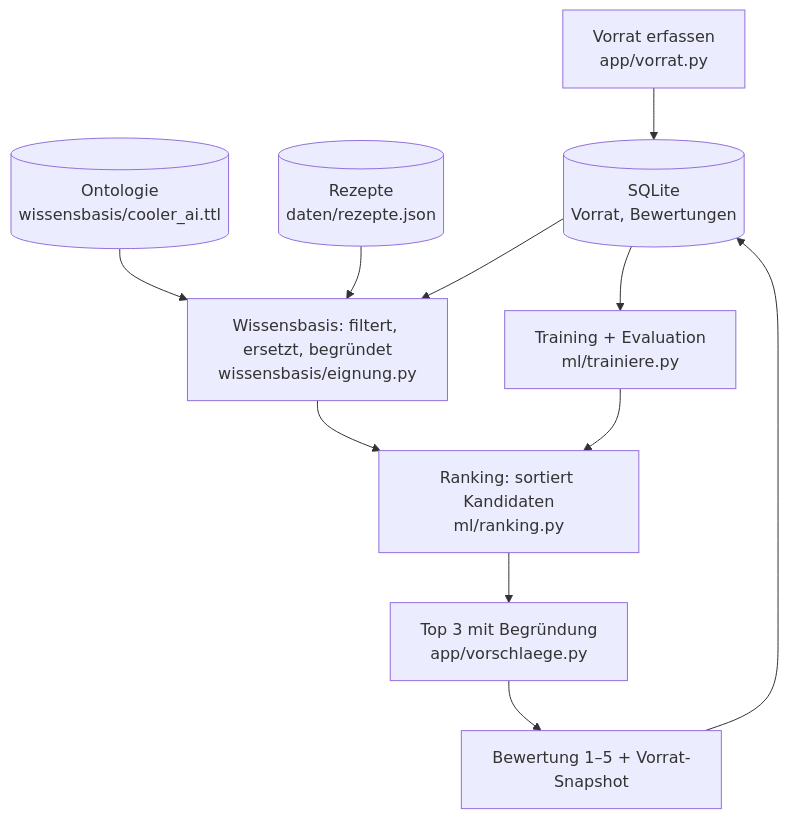
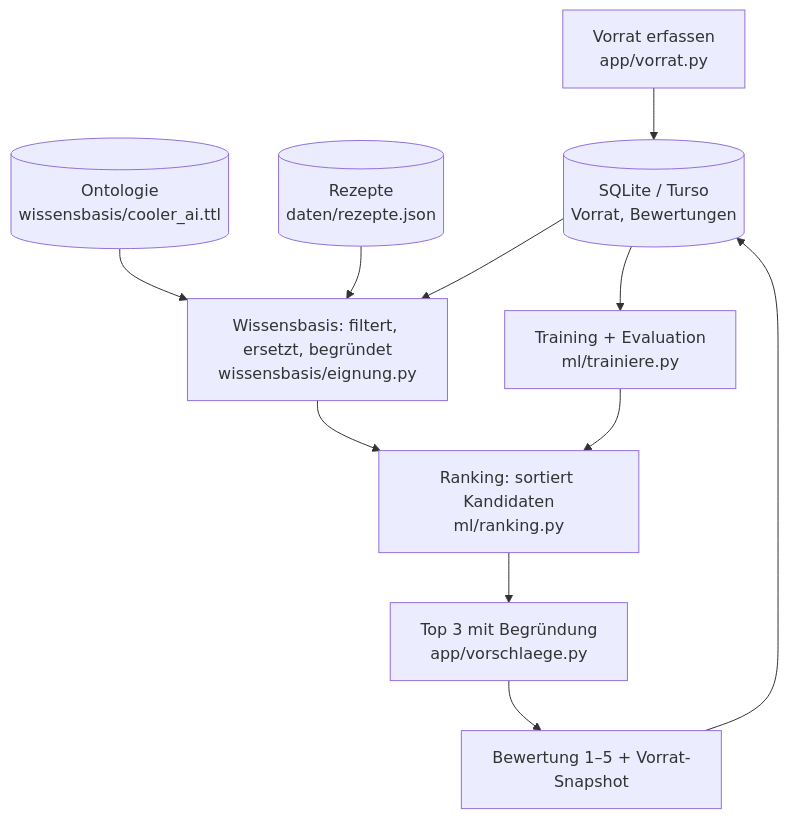
The diagram in docs/architektur.md (FHNWjanwolf/Cooler-AI), drawn with Mermaid before and after one commit. The commit also changed 14 other files, not shown here.

````diff
--- a/docs/architektur.md
+++ b/docs/architektur.md
@@ -3,13 +3,13 @@
 ```mermaid
 flowchart TD
-    A[Vorrat erfassen<br>app/vorrat.py] --> B[(SQLite<br>Vorrat, Bewertungen)]
+    A[Vorrat erfassen<br>app/vorrat.py] --> B[(SQLite / Turso<br>Vorrat, Bewertungen)]
     O[(Ontologie<br>wissensbasis/cooler_ai.ttl)] --> C
     R[(Rezepte<br>daten/rezepte.json)] --> C
     B --> C[Wissensbasis: filtert, ersetzt, begründet<br>wissensbasis/eignung.py]
     C --> D[Ranking: sortiert Kandidaten<br>ml/ranking.py]
     D --> E[Top 3 mit Begründung<br>app/vorschlaege.py]
     E --> F[Bewertung 1–5 + Vorrat-Snapshot]
     F --> B
     B --> G[Training + Evaluation<br>ml/trainiere.py]
     G --> D
 ```
````
